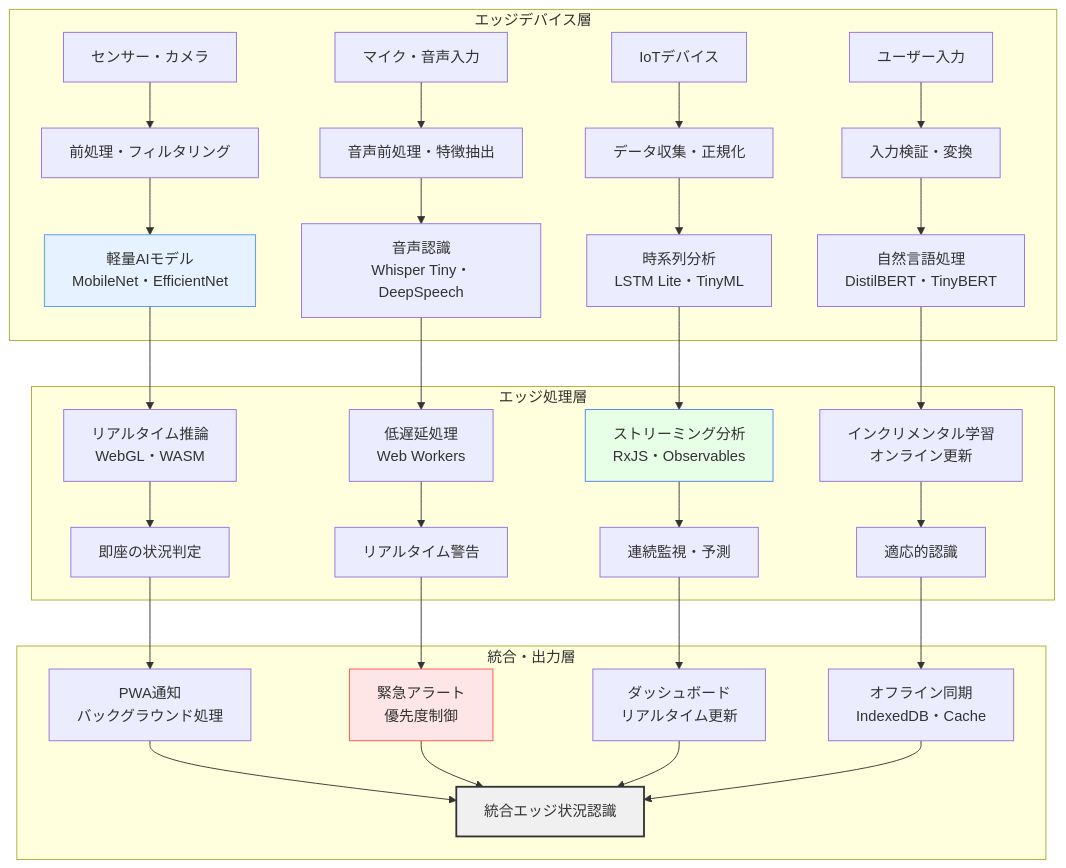
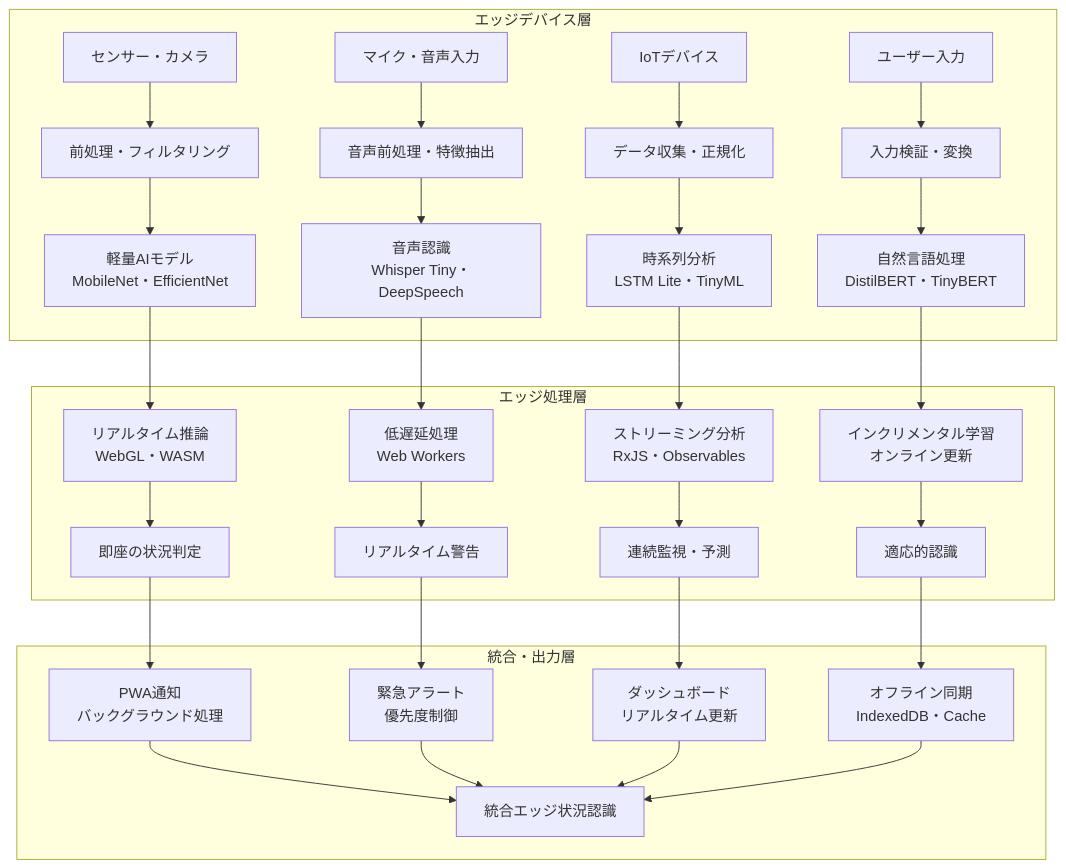
One commit to shuji-bonji/Situational-Awareness-and-Decision-Making changed the diagram in docs/ai-and-future/edge-ai.md. Above: the diagram before and after it, drawn with Mermaid. The commit also changed 49 other files, not shown here.

Commit message:
fix: ダークモードで見づらい図の色の変更

````diff
--- a/docs/ai-and-future/edge-ai.md
+++ b/docs/ai-and-future/edge-ai.md
@@ -22,43 +22,38 @@
 ```mermaid
 graph TD
     subgraph "エッジデバイス層"
         A1[センサー・カメラ] --> B1[前処理・フィルタリング]
         A2[マイク・音声入力] --> B2[音声前処理・特徴抽出]
         A3[IoTデバイス] --> B3[データ収集・正規化]
         A4[ユーザー入力] --> B4[入力検証・変換]
         
         B1 --> C1[軽量AIモデル<br/>MobileNet・EfficientNet]
         B2 --> C2[音声認識<br/>Whisper Tiny・DeepSpeech]
         B3 --> C3[時系列分析<br/>LSTM Lite・TinyML]
         B4 --> C4[自然言語処理<br/>DistilBERT・TinyBERT]
     end
     
     subgraph "エッジ処理層"
         C1 --> D1[リアルタイム推論<br/>WebGL・WASM]
         C2 --> D2[低遅延処理<br/>Web Workers]
         C3 --> D3[ストリーミング分析<br/>RxJS・Observables]
         C4 --> D4[インクリメンタル学習<br/>オンライン更新]
         
         D1 --> E1[即座の状況判定]
         D2 --> E2[リアルタイム警告]
         D3 --> E3[連続監視・予測]
         D4 --> E4[適応的認識]
     end
     
     subgraph "統合・出力層"
         E1 --> F1[PWA通知<br/>バックグラウンド処理]
         E2 --> F2[緊急アラート<br/>優先度制御]
         E3 --> F3[ダッシュボード<br/>リアルタイム更新]
         E4 --> F4[オフライン同期<br/>IndexedDB・Cache]
         
         F1 --> G[統合エッジ状況認識]
         F2 --> G
         F3 --> G
         F4 --> G
     end
-    
-    style C1 fill:#e6f2ff,stroke:#4d94ff
-    style D3 fill:#e6ffe6,stroke:#4d7fff
-    style F2 fill:#ffe6e6,stroke:#ff4d4d
-    style G fill:#f0f0f0,stroke:#333,stroke-width:2px
 ```
````
